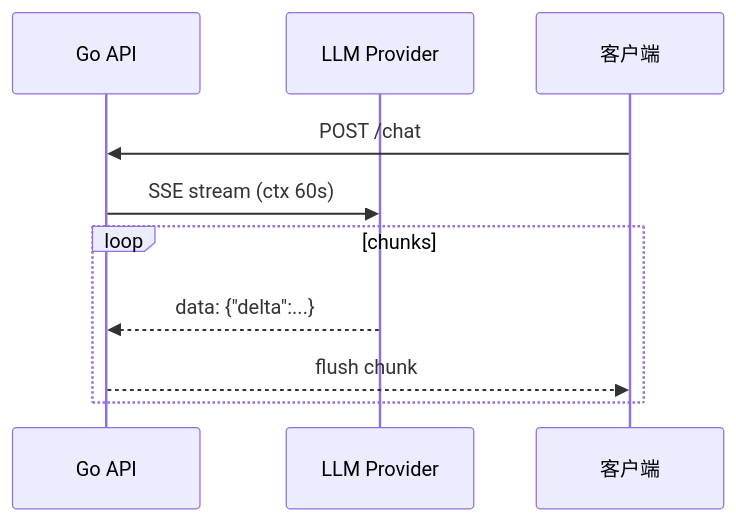
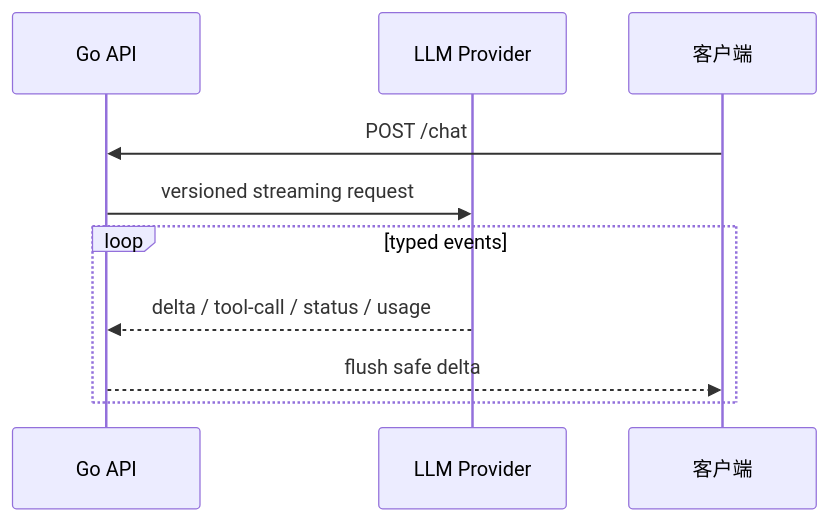
Before and after one commit to twodog-tt/Golang-development-manual: the diagram in docs/interview/10-ai-engineering/S-AI-01-llm-api-integration.md, drawn with Mermaid. The commit also changed other lines of this file and 49 other files, not shown here.

````diff
--- a/docs/interview/10-ai-engineering/S-AI-01-llm-api-integration.md
+++ b/docs/interview/10-ai-engineering/S-AI-01-llm-api-integration.md
@@ -31,12 +56,12 @@
 ```mermaid
 sequenceDiagram
   participant Gin as Go API
   participant LLM as LLM Provider
   participant User as 客户端
   User->>Gin: POST /chat
-  Gin->>LLM: SSE stream (ctx 60s)
-  loop chunks
-    LLM-->>Gin: data: {"delta":...}
-    Gin-->>User: flush chunk
+  Gin->>LLM: versioned streaming request
+  loop typed events
+    LLM-->>Gin: delta / tool-call / status / usage
+    Gin-->>User: flush safe delta
   end
 ```
````
